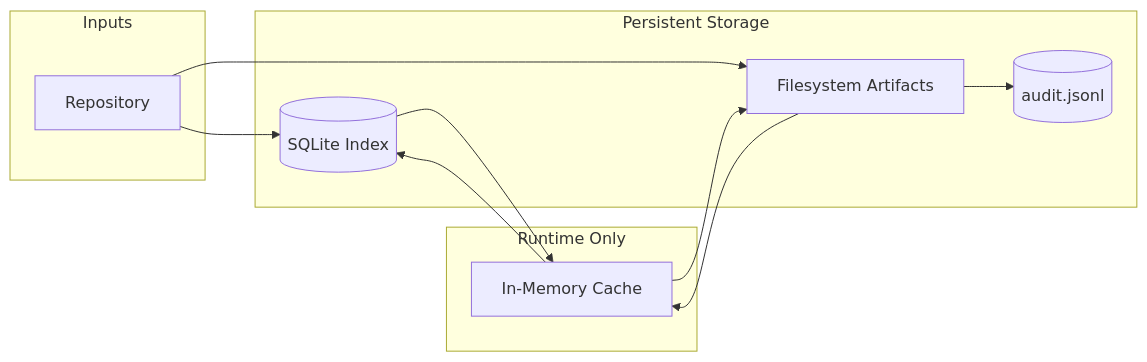
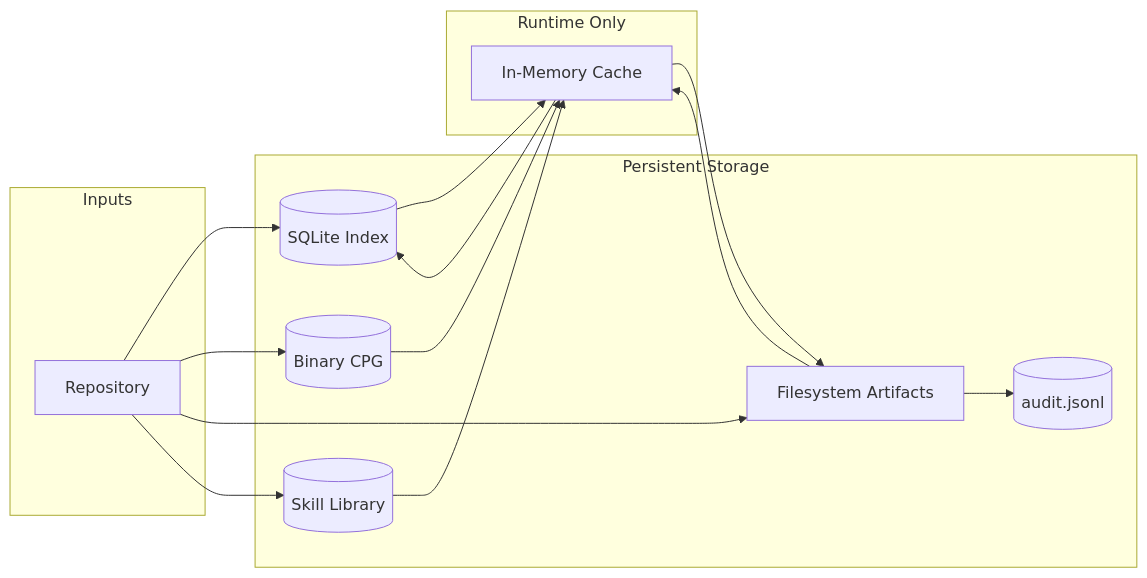
The third of 3 diagrams in docs/05-data-model.md (arubara2021/CodeGuardian), drawn with Mermaid before and after one commit. The commit also changed other lines of this file and 5 other files, not shown here.

````diff
--- a/docs/05-data-model.md
+++ b/docs/05-data-model.md
@@ -876,24 +1616,30 @@
 ```mermaid
 flowchart LR
     subgraph Inputs
         Repo[Repository]
     end
 
     subgraph Persistence["Persistent Storage"]
         SQLite[(SQLite Index)]
+        Graph[(Binary CPG)]
         FS[Filesystem Artifacts]
+        Skills[(Skill Library)]
         Audit[(audit.jsonl)]
     end
 
     subgraph Runtime["Runtime Only"]
         Mem[In-Memory Cache]
     end
 
     Repo --> SQLite
+    Repo --> Graph
     Repo --> FS
+    Repo --> Skills
     FS --> Audit
     SQLite --> Mem
+    Graph --> Mem
     FS --> Mem
+    Skills --> Mem
     Mem --> SQLite
     Mem --> FS
 ```
````
